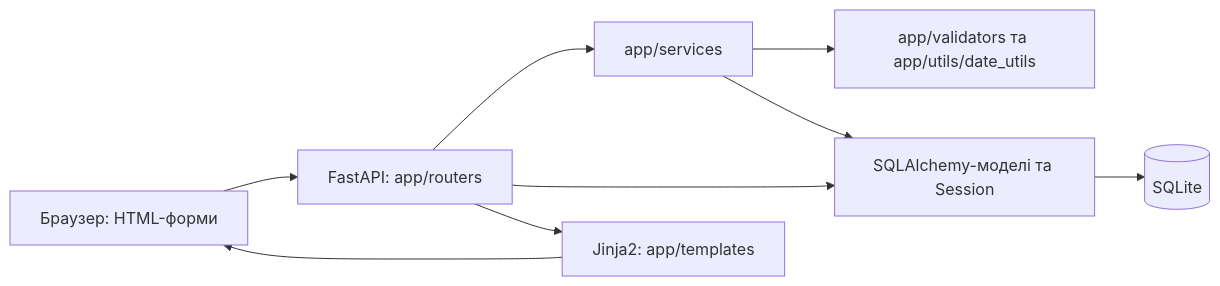
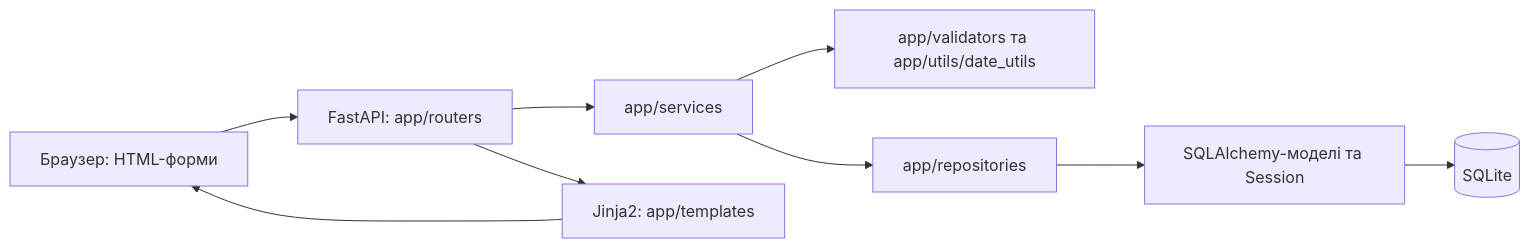
The diagram in docs/ARCHITECTURE.md (webdevl1on/project_2), drawn with Mermaid before and after one commit. The commit also changed other lines of this file and 34 other files, not shown here.

Commit message:
refactor: separate services, repositories and transactions

````diff
--- a/docs/ARCHITECTURE.md
+++ b/docs/ARCHITECTURE.md
@@ -27,11 +27,11 @@
 ```mermaid
 flowchart LR
     Browser[Браузер: HTML-форми] --> Routers[FastAPI: app/routers]
     Routers --> Services[app/services]
     Services --> Validators[app/validators та app/utils/date_utils]
-    Routers --> ORM[SQLAlchemy-моделі та Session]
-    Services --> ORM
+    Services --> Repositories[app/repositories]
+    Repositories --> ORM[SQLAlchemy-моделі та Session]
     ORM --> SQLite[(SQLite)]
     Routers --> Templates[Jinja2: app/templates]
     Templates --> Browser
 ```
````
